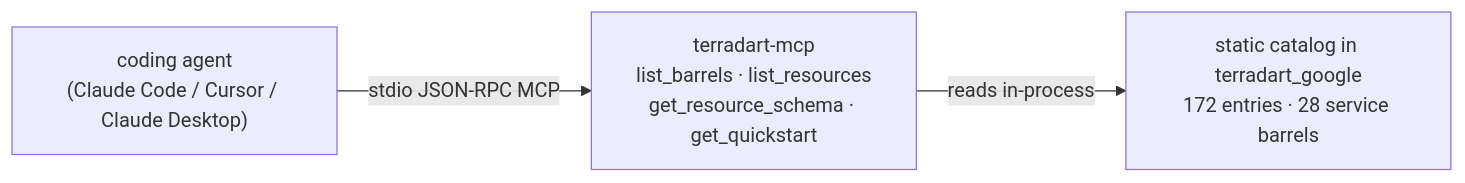
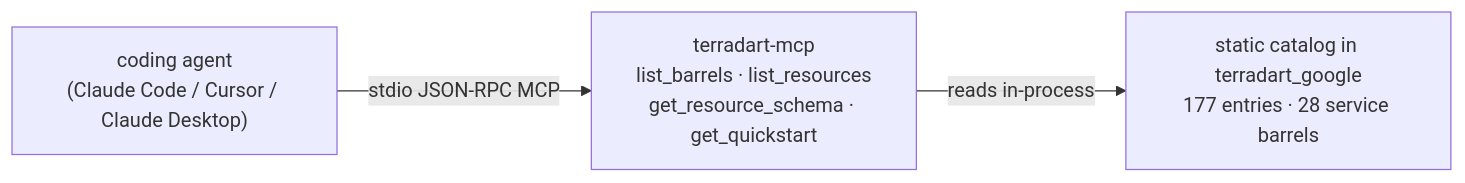
Before and after one commit to nozomi-koborinai/terradart: the diagram in website/src/content/docs/docs/agent/index.md, drawn with Mermaid. The commit also changed other lines of this file and 61 other files, not shown here.

````diff
--- a/website/src/content/docs/docs/agent/index.md
+++ b/website/src/content/docs/docs/agent/index.md
@@ -12,8 +12,8 @@
 ```mermaid
 graph LR
   agent["coding agent<br/>(Claude Code / Cursor / Claude Desktop)"]
   mcp["terradart-mcp<br/>list_barrels · list_resources<br/>get_resource_schema · get_quickstart"]
-  catalog["static catalog in terradart_google<br/>172 entries · 28 service barrels"]
+  catalog["static catalog in terradart_google<br/>177 entries · 28 service barrels"]
   agent -->|stdio JSON-RPC MCP| mcp
   mcp -->|reads in-process| catalog
 ```
````
